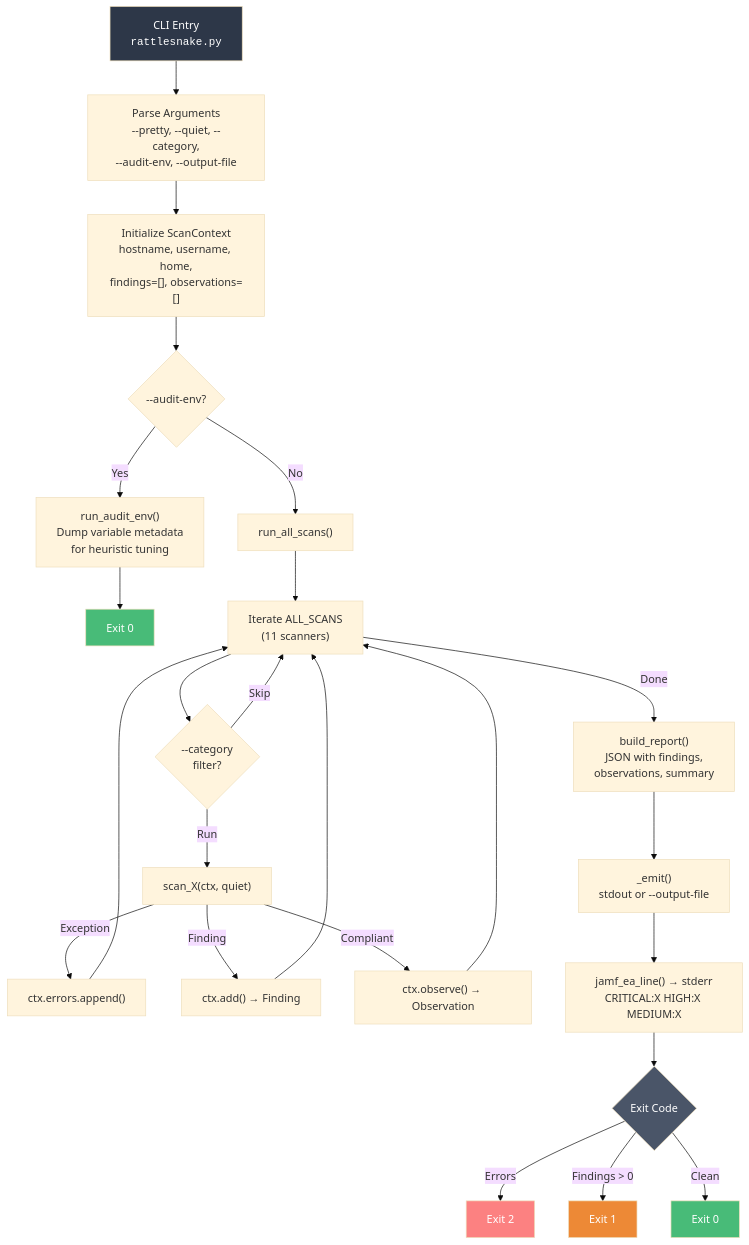
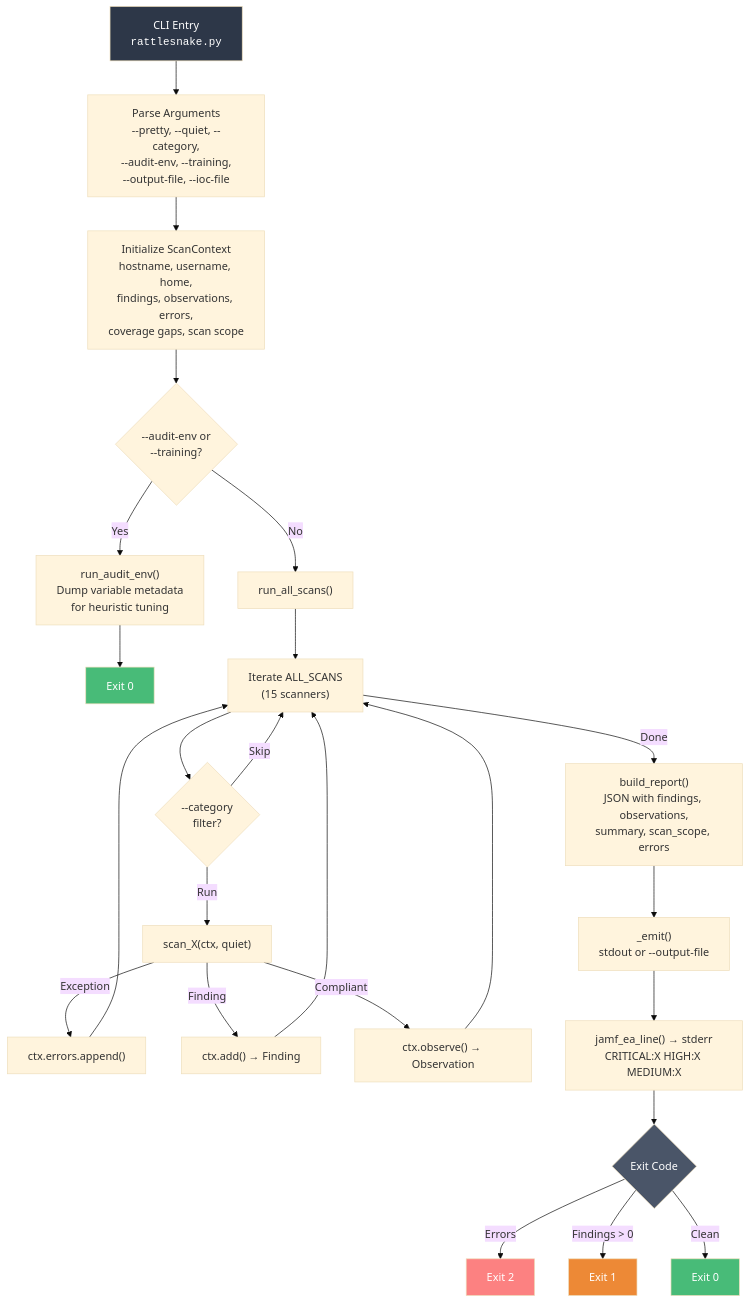
The first of 2 diagrams in docs/architecture.md (aberoham/clawback), drawn with Mermaid (base theme) before and after one commit. The commit also changed 21 other files, not shown here.

````diff
--- a/docs/architecture.md
+++ b/docs/architecture.md
@@ -5,37 +5,37 @@
 ```mermaid
 flowchart TD
-    CLI["CLI Entry<br/><code>rattlesnake.py</code>"] --> ParseArgs["Parse Arguments<br/>--pretty, --quiet, --category,<br/>--audit-env, --output-file"]
-    ParseArgs --> InitCtx["Initialize ScanContext<br/>hostname, username, home,<br/>findings=[], observations=[]"]
+    CLI["CLI Entry<br/><code>rattlesnake.py</code>"] --> ParseArgs["Parse Arguments<br/>--pretty, --quiet, --category,<br/>--audit-env, --training,<br/>--output-file, --ioc-file"]
+    ParseArgs --> InitCtx["Initialize ScanContext<br/>hostname, username, home,<br/>findings, observations, errors,<br/>coverage gaps, scan scope"]
 
-    InitCtx --> AuditCheck{--audit-env?}
+    InitCtx --> AuditCheck{--audit-env or<br/>--training?}
     AuditCheck -->|Yes| AuditMode["run_audit_env()<br/>Dump variable metadata<br/>for heuristic tuning"]
     AuditMode --> Exit0["Exit 0"]
     AuditCheck -->|No| RunAll["run_all_scans()"]
 
-    RunAll --> ScanLoop["Iterate ALL_SCANS<br/>(11 scanners)"]
+    RunAll --> ScanLoop["Iterate ALL_SCANS<br/>(15 scanners)"]
 
     ScanLoop --> CatFilter{--category<br/>filter?}
     CatFilter -->|Skip| ScanLoop
     CatFilter -->|Run| Scanner["scan_X(ctx, quiet)"]
     Scanner -->|Exception| ErrList["ctx.errors.append()"]
     Scanner -->|Finding| AddFind["ctx.add() → Finding"]
     Scanner -->|Compliant| Observe["ctx.observe() → Observation"]
     ErrList --> ScanLoop
     AddFind --> ScanLoop
     Observe --> ScanLoop
 
-    ScanLoop -->|Done| BuildReport["build_report()<br/>JSON with findings,<br/>observations, summary"]
+    ScanLoop -->|Done| BuildReport["build_report()<br/>JSON with findings, observations,<br/>summary, scan_scope, errors"]
     BuildReport --> Emit["_emit()<br/>stdout or --output-file"]
     Emit --> JAMF["jamf_ea_line() → stderr<br/>CRITICAL:X HIGH:X MEDIUM:X"]
     JAMF --> ExitCode{Exit Code}
     ExitCode -->|Errors| Exit2["Exit 2"]
     ExitCode -->|Findings > 0| Exit1["Exit 1"]
     ExitCode -->|Clean| Exit0b["Exit 0"]
 
     style CLI fill:#2d3748,color:#fff
     style ExitCode fill:#4a5568,color:#fff
     style Exit0 fill:#48bb78,color:#fff
     style Exit0b fill:#48bb78,color:#fff
     style Exit1 fill:#ed8936,color:#fff
     style Exit2 fill:#fc8181,color:#fff
 ```
````
